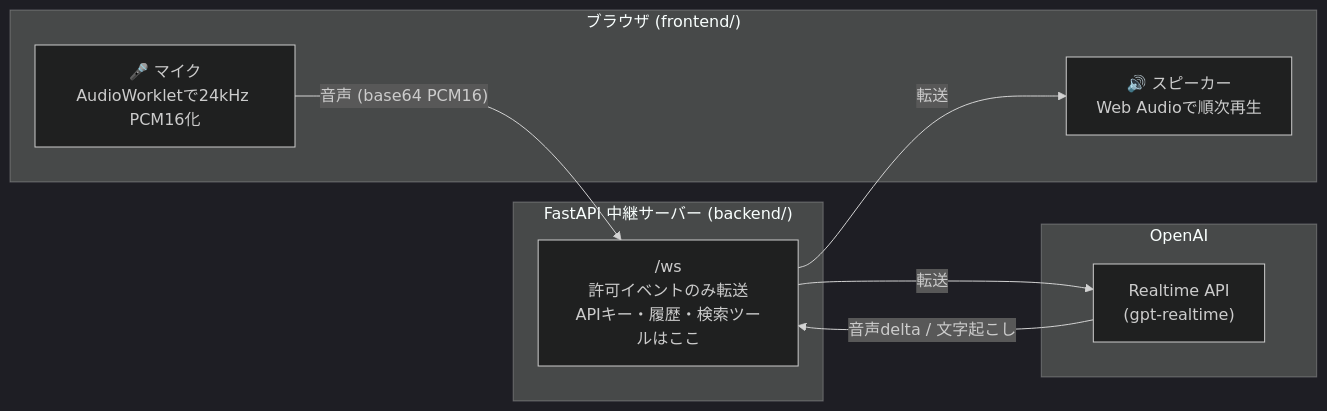
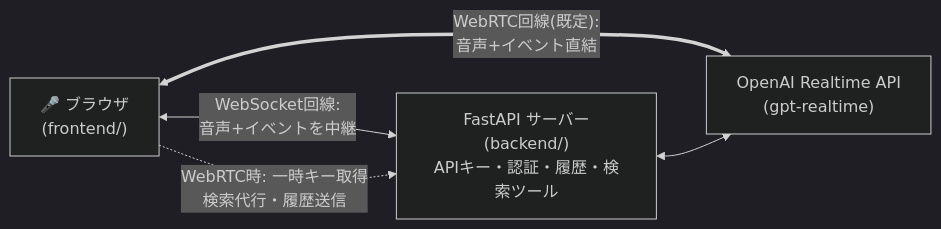
The diagram in README.md (yoshiharu-ishii/realtime_voice), drawn with Mermaid (dark theme) before and after one commit. The commit also changed other lines of this file and 1 other file, not shown here.

First line of the commit message:
ドキュメント刷新: WebRTC既定・VADモード・録音経路の現状に合わせる

````diff
--- a/README.md
+++ b/README.md
@@ -8,17 +11,10 @@
 ```mermaid
 flowchart LR
-    subgraph B["ブラウザ (frontend/)"]
-        MIC["🎤 マイク<br/>AudioWorkletで24kHz PCM16化"]
-        SPK["🔊 スピーカー<br/>Web Audioで順次再生"]
-    end
-    subgraph R["FastAPI 中継サーバー (backend/)"]
-        WS["/ws<br/>許可イベントのみ転送<br/>APIキー・履歴・検索ツールはここ"]
-    end
-    subgraph O["OpenAI"]
-        RT["Realtime API<br/>(gpt-realtime)"]
-    end
-    MIC -- "音声 (base64 PCM16)" --> WS
-    WS -- "転送" --> RT
-    RT -- "音声delta / 文字起こし" --> WS
-    WS -- "転送" --> SPK
+    B["🎤 ブラウザ<br/>(frontend/)"]
+    R["FastAPI サーバー<br/>(backend/)<br/>APIキー・認証・履歴・検索ツール"]
+    O["OpenAI Realtime API<br/>(gpt-realtime)"]
+    B <== "WebRTC回線(既定):<br/>音声+イベント直結" ==> O
+    B <-- "WebSocket回線:<br/>音声+イベントを中継" --> R
+    R <--> O
+    B -. "WebRTC時: 一時キー取得<br/>検索代行・履歴送信" .-> R
 ```
````
